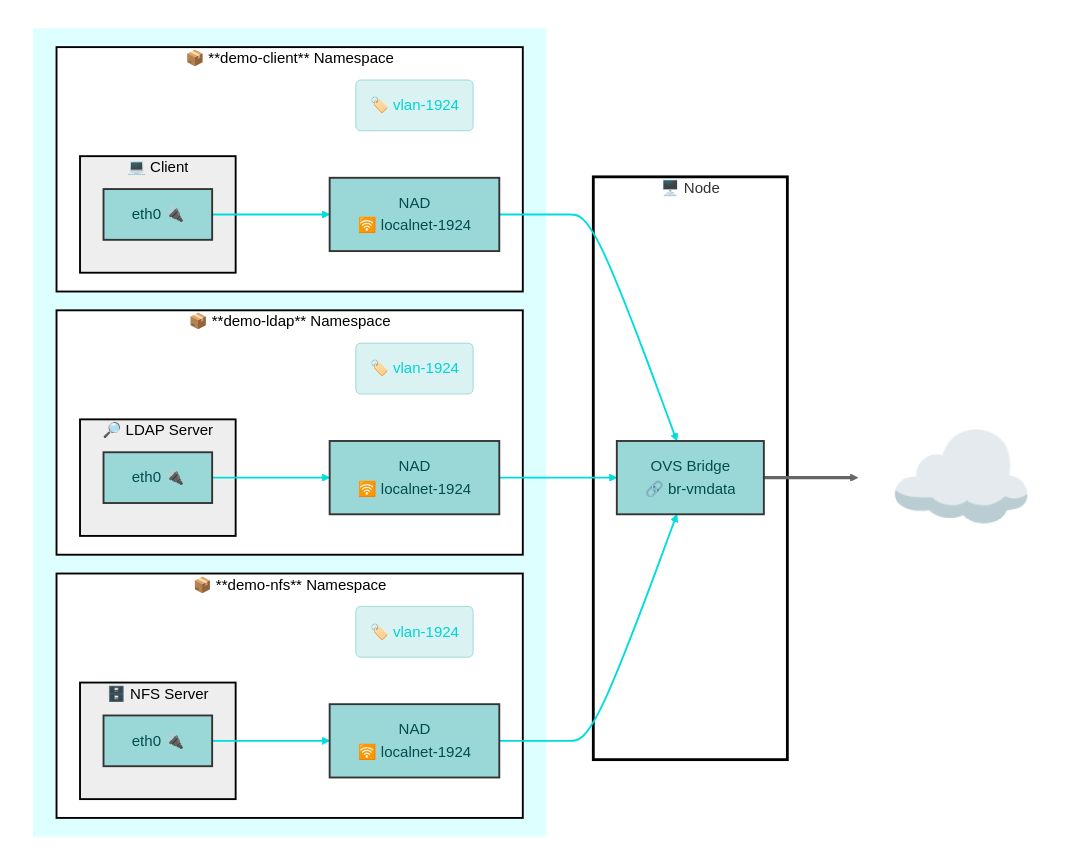
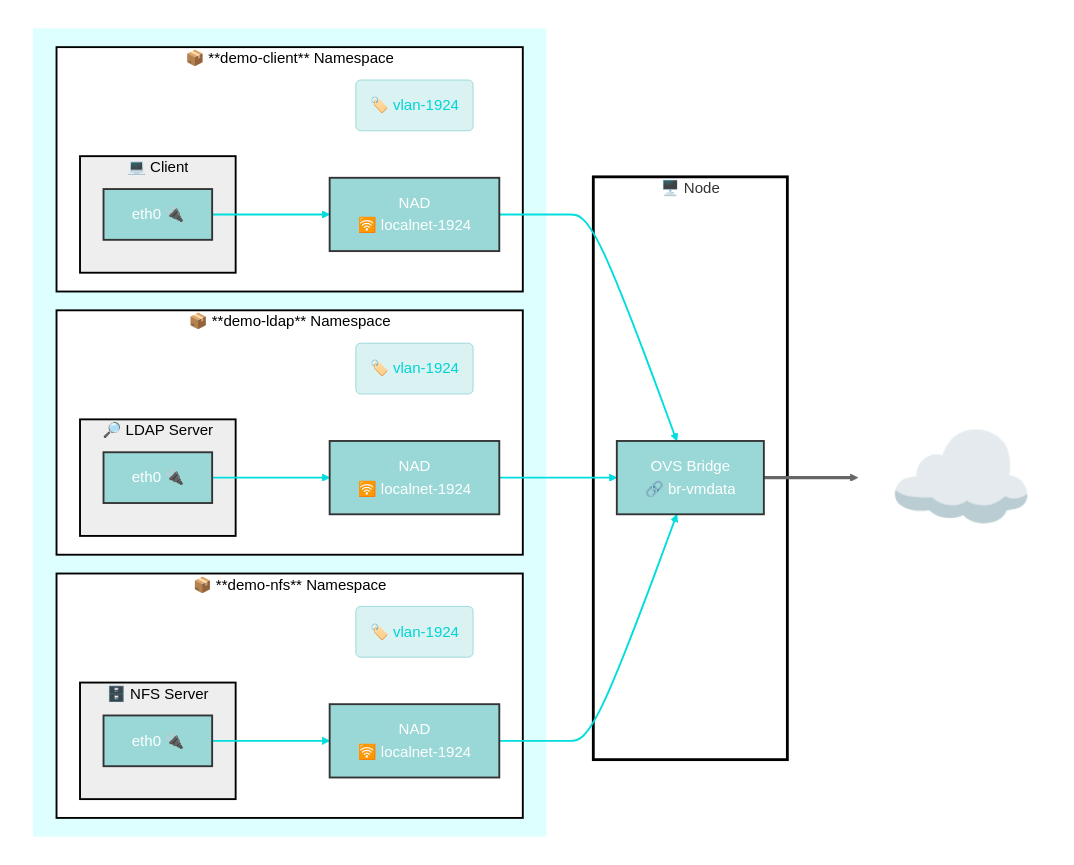
One commit to dlbewley/demo-rhone-26 changed the eighth of 9 diagrams in README.md. Above: the diagram before and after it, drawn with Mermaid (neutral theme). The commit also changed other lines of this file and 42 other files, not shown here.

````diff
--- a/README.md
+++ b/README.md
@@ -465,77 +465,77 @@
 ```mermaid
 graph LR;
     subgraph Cluster[" "]
 
       subgraph Project[" "]
         subgraph ns-nfs["📦 ️**demo-nfs** Namespace"]
           label-nfs("🏷️ vlan-1924")
           nad-1924-nfs[NAD<br> 🛜 localnet-1924]
           subgraph vm-nfs["🗄️ NFS Server"]
               nfs-eth0[eth0 🔌]
           end
         end
 
         subgraph ns-ldap["📦 **demo-ldap** Namespace"]
           label-ldap("🏷️ vlan-1924")
           nad-1924-ldap[NAD<br> 🛜 localnet-1924]
           subgraph vm-ldap["🔎 LDAP Server"]
               ldap-eth0[eth0 🔌]
           end
         end
 
         subgraph ns-client["📦 **demo-client** Namespace"]
           label-client("🏷️ vlan-1924")
           nad-1924-client[NAD<br> 🛜 localnet-1924]
           subgraph vm-client["💻 Client"]
               client-eth0[eth0 🔌]
           end
         end
 
       end
 
       subgraph node1["🖥️ Node "]
         br-vmdata[ OVS Bridge<br> 🔗 br-vmdata]:::vlan-1924;
       end
     end
 
     nfs-eth0    ---> nad-1924-nfs
     ldap-eth0   ---> nad-1924-ldap
     client-eth0 ---> nad-1924-client
 
 
     nad-1924-client --> br-vmdata
     nad-1924-ldap   --> br-vmdata
     nad-1924-nfs    --> br-vmdata
 
 
     linkStyle 0,1,2,3,4,5 stroke:#00dddd,stroke-width:2px;
 
     Internet["☁️ "]:::Internet
     br-vmdata ==> Internet
 
     classDef vm-eth fill:#00ffff,color:#00f,stroke:#444,stroke-width:1px;
     class client-eth0,ldap-eth0,nfs-eth0 vm-eth;
 
-    classDef bond1 fill:#9ad8d8,color:#004d4d,stroke:#333,stroke-width:2px
+    classDef bond1 fill:#9ad8d8,color:#fff,stroke:#333,stroke-width:2px
     class nad-1924-client,nad-1924-ldap,nad-1924-nfs,br-vmdata,physnet-vmdata bond1
     class client-eth0,ldap-eth0,nfs-eth0 bond1
 
     classDef xlabels stroke-width:0px,color:#fff,fill:#1B0D33;
     classDef labels stroke-width:1px,stroke:#9ad8d8,color:#00d4d4,fill:#daf2f2;
     class label-client,label-ldap,label-nfs labels;
 
     style Cluster color:#000,fill:#fff,stroke:#333,stroke-width:0px;
     style Project color:#000,fill:#dff,stroke:#333,stroke-width:0px;
     style Internet fill:none,stroke-width:0px,font-size:+2em;
 
     classDef vm color:#000,fill:#eee,stroke:#000,stroke-width:2px
     class vm-client,vm-ldap,vm-nfs vm
 
     classDef nodes fill:#fff,stroke:#000,stroke-width:3px;
     class node1 nodes;
 
     classDef namespace color:#000,fill:#fff,stroke:#000,stroke-width:2px;
     class ns-nfs,ns-client,ns-ldap namespace;
 
     classDef nad-1924 fill:#00ffff,color:#00f,stroke:#333,stroke-width:1px;
 ```
````
